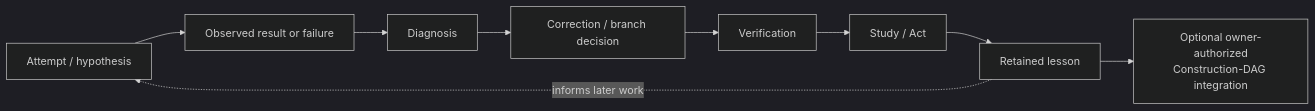
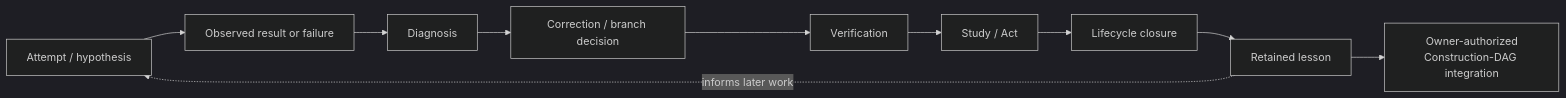
One commit to Scientifica-eng/BOMA changed the first of 3 diagrams in LAB/00_ARCHITECTURE/views/LEARNING_GRAPH_VIEW.md. Above: the diagram before and after it, drawn with Mermaid (dark theme). The commit also changed other lines of this file, not shown here.

````diff
--- a/LAB/00_ARCHITECTURE/views/LEARNING_GRAPH_VIEW.md
+++ b/LAB/00_ARCHITECTURE/views/LEARNING_GRAPH_VIEW.md
@@ -32,14 +32,14 @@
 ```mermaid
 flowchart LR
   A[Attempt / hypothesis]
   O[Observed result or failure]
   D[Diagnosis]
   C[Correction / branch decision]
   V[Verification]
   S[Study / Act]
+  CL[Lifecycle closure]
   L[Retained lesson]
-  I[Optional owner-authorized\nConstruction-DAG integration]
-  A --> O --> D --> C --> V --> S --> L
+  I[Owner-authorized\nConstruction-DAG integration]
+  A --> O --> D --> C --> V --> S --> CL --> L --> I
   L -. informs later work .-> A
-  L --> I
 ```
````
